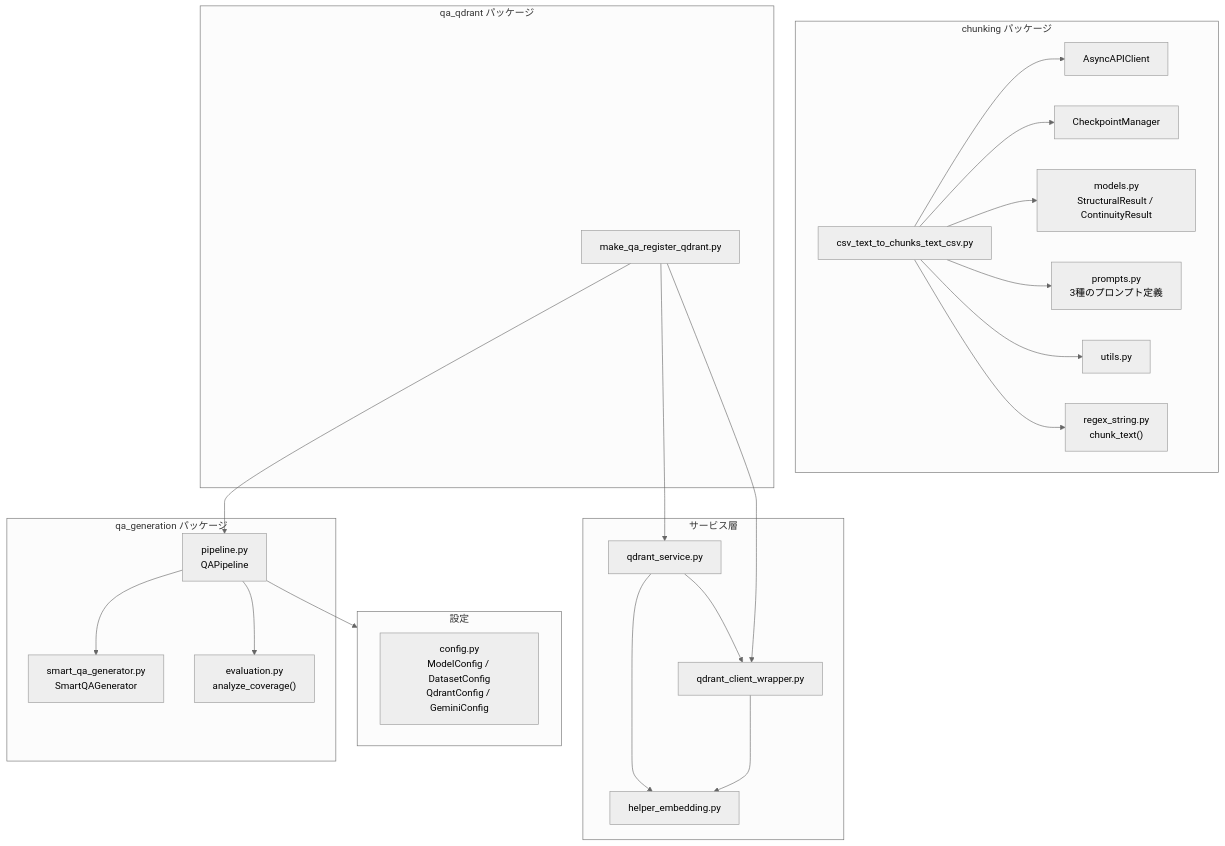
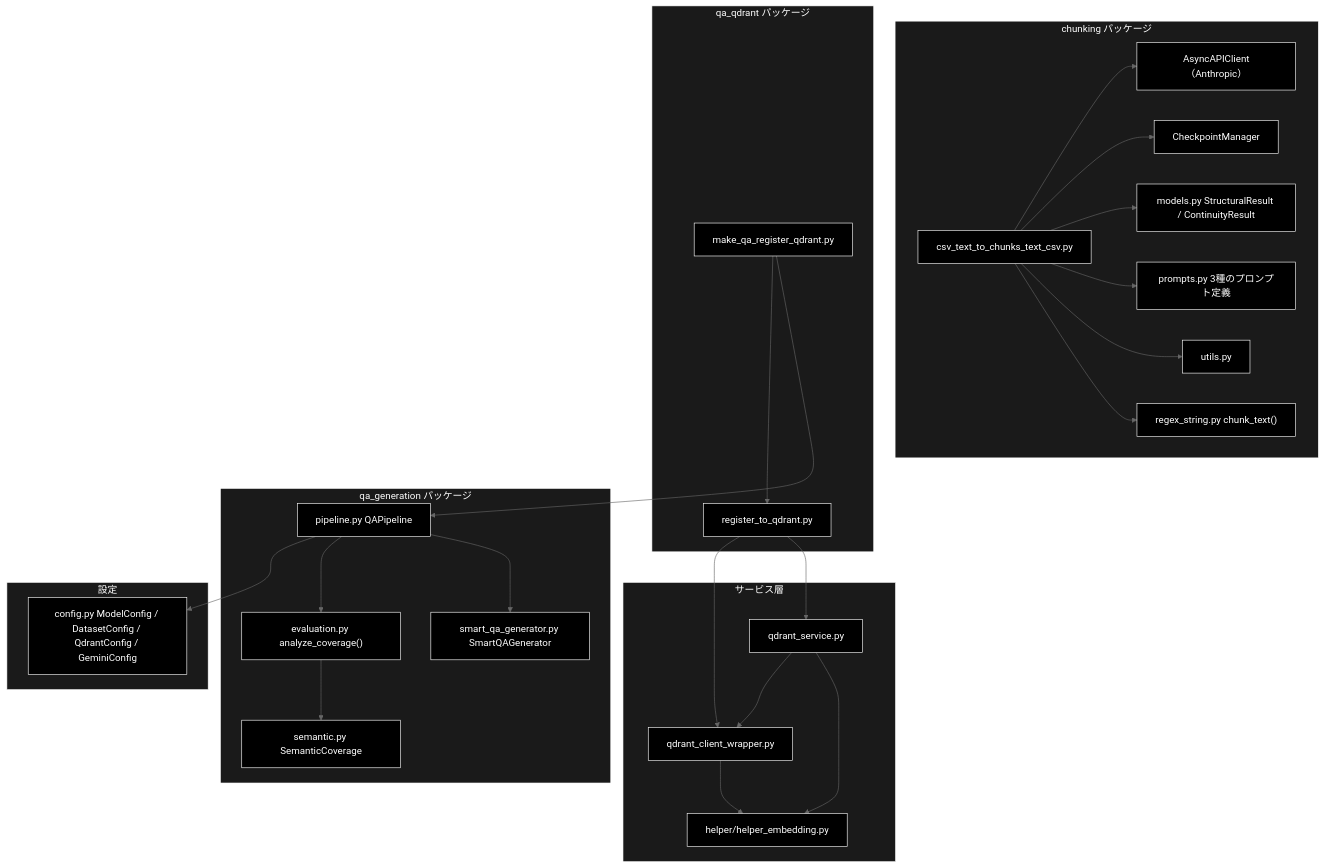
The second of 5 diagrams in readme_rag.md (nakashima2toshio/ollama_grace_agent_v2), drawn with Mermaid (neutral theme) before and after one commit. The commit also changed other lines of this file and 7 other files, not shown here.

````diff
--- a/readme_rag.md
+++ b/readme_rag.md
@@ -309,51 +330,63 @@
 ```mermaid
 flowchart TB
     subgraph CHUNKING_PKG["chunking パッケージ"]
         CSV_CHUNK["csv_text_to_chunks_text_csv.py"]
-        ASYNC_CLI["AsyncAPIClient"]
+        ASYNC_CLI["AsyncAPIClient（Anthropic）"]
         CHECKPOINT["CheckpointManager"]
-        MODELS["models.py<br/>StructuralResult / ContinuityResult"]
-        PROMPTS["prompts.py<br/>3種のプロンプト定義"]
+        MODELS["models.py StructuralResult / ContinuityResult"]
+        PROMPTS["prompts.py 3種のプロンプト定義"]
         UTILS["utils.py"]
-        REGEX["regex_string.py<br/>chunk_text()"]
+        REGEX["regex_string.py chunk_text()"]
     end
 
     subgraph QA_QDRANT["qa_qdrant パッケージ"]
         MAKE_QA["make_qa_register_qdrant.py"]
+        REG_QDRANT["register_to_qdrant.py"]
     end
 
     subgraph QA_GEN["qa_generation パッケージ"]
-        QA_PIPE["pipeline.py<br/>QAPipeline"]
-        SMART_GEN["smart_qa_generator.py<br/>SmartQAGenerator"]
-        EVAL["evaluation.py<br/>analyze_coverage()"]
+        QA_PIPE["pipeline.py QAPipeline"]
+        SMART_GEN["smart_qa_generator.py SmartQAGenerator"]
+        EVAL["evaluation.py analyze_coverage()"]
+        SEM["semantic.py SemanticCoverage"]
     end
 
     subgraph SERVICES["サービス層"]
         QDRANT_SVC["qdrant_service.py"]
         QDRANT_WRAP["qdrant_client_wrapper.py"]
-        HELPER_EMB["helper_embedding.py"]
+        HELPER_EMB["helper/helper_embedding.py"]
     end
 
     subgraph CONFIG_PKG["設定"]
-        CONFIG["config.py<br/>ModelConfig / DatasetConfig<br/>QdrantConfig / GeminiConfig"]
+        CONFIG["config.py ModelConfig / DatasetConfig / QdrantConfig / GeminiConfig"]
     end
 
     CSV_CHUNK --> ASYNC_CLI
     CSV_CHUNK --> CHECKPOINT
     CSV_CHUNK --> MODELS
     CSV_CHUNK --> PROMPTS
     CSV_CHUNK --> UTILS
     CSV_CHUNK --> REGEX
 
     MAKE_QA --> QA_PIPE
-    MAKE_QA --> QDRANT_SVC
-    MAKE_QA --> QDRANT_WRAP
+    MAKE_QA --> REG_QDRANT
+    REG_QDRANT --> QDRANT_SVC
+    REG_QDRANT --> QDRANT_WRAP
 
     QA_PIPE --> SMART_GEN
     QA_PIPE --> EVAL
-    QA_PIPE --> CONFIG_PKG
+    EVAL --> SEM
+    QA_PIPE --> CONFIG
 
     QDRANT_SVC --> HELPER_EMB
     QDRANT_SVC --> QDRANT_WRAP
     QDRANT_WRAP --> HELPER_EMB
+classDef default fill:#000,stroke:#fff,color:#fff
+classDef subgraphStyle fill:#1a1a1a,stroke:#fff,color:#fff
+class CSV_CHUNK,ASYNC_CLI,CHECKPOINT,MODELS,PROMPTS,UTILS,REGEX,MAKE_QA,REG_QDRANT,QA_PIPE,SMART_GEN,EVAL,SEM,QDRANT_SVC,QDRANT_WRAP,HELPER_EMB,CONFIG default
+style CHUNKING_PKG fill:#1a1a1a,stroke:#fff,color:#fff
+style QA_QDRANT fill:#1a1a1a,stroke:#fff,color:#fff
+style QA_GEN fill:#1a1a1a,stroke:#fff,color:#fff
+style SERVICES fill:#1a1a1a,stroke:#fff,color:#fff
+style CONFIG_PKG fill:#1a1a1a,stroke:#fff,color:#fff
 ```
````
